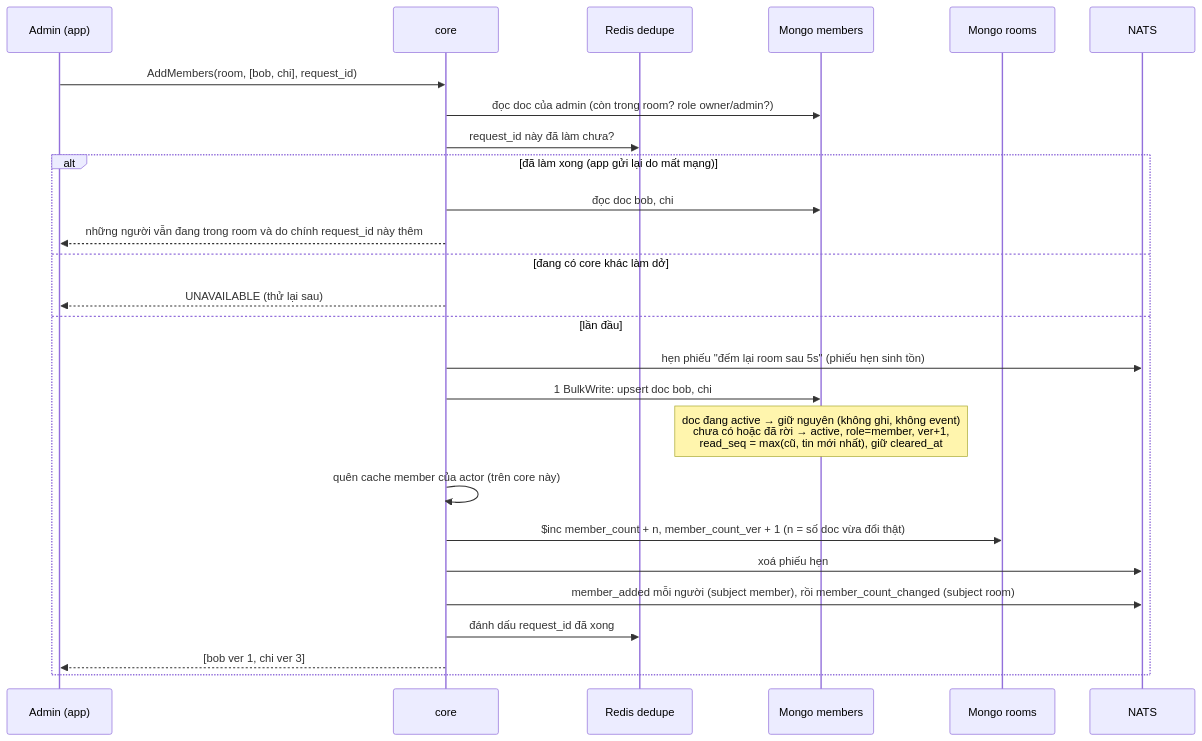
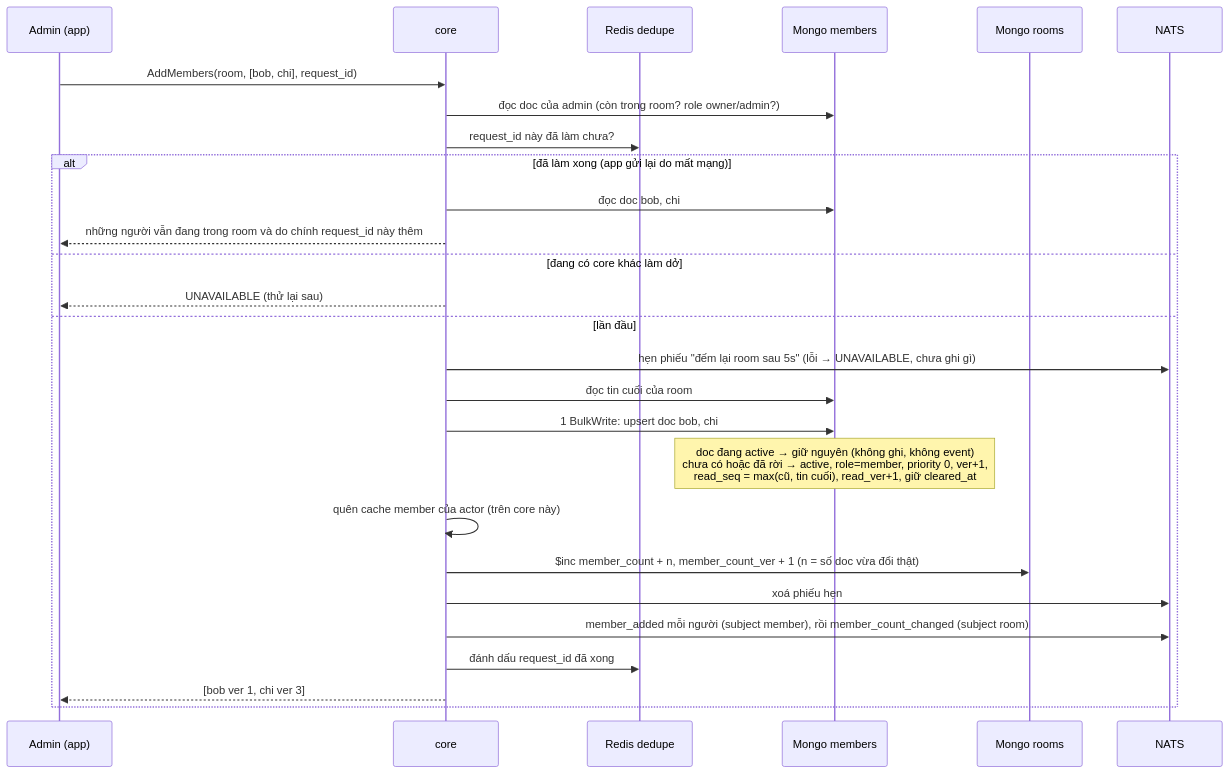
Before and after one commit to ivannguyendev/chatim: the second of 7 diagrams in docs/plans/2026-10-06-m2b4-members-read-summary.md, drawn with Mermaid. The commit also changed other lines of this file and 14 other files, not shown here.

````diff
--- a/docs/plans/2026-10-06-m2b4-members-read-summary.md
+++ b/docs/plans/2026-10-06-m2b4-members-read-summary.md
@@ -130,28 +196,29 @@
 ```mermaid
 sequenceDiagram
   participant A as Admin (app)
   participant C as core
   participant R as Redis dedupe
   participant M as Mongo members
   participant RM as Mongo rooms
   participant N as NATS
   A->>C: AddMembers(room, [bob, chi], request_id)
   C->>M: đọc doc của admin (còn trong room? role owner/admin?)
   C->>R: request_id này đã làm chưa?
   alt đã làm xong (app gửi lại do mất mạng)
     C->>M: đọc doc bob, chi
     C-->>A: những người vẫn đang trong room và do chính request_id này thêm
   else đang có core khác làm dở
     C-->>A: UNAVAILABLE (thử lại sau)
   else lần đầu
-    C->>N: hẹn phiếu "đếm lại room sau 5s" (phiếu hẹn sinh tồn)
+    C->>N: hẹn phiếu "đếm lại room sau 5s" (lỗi → UNAVAILABLE, chưa ghi gì)
+    C->>M: đọc tin cuối của room
     C->>M: 1 BulkWrite: upsert doc bob, chi
-    Note over M: doc đang active → giữ nguyên (không ghi, không event)<br/>chưa có hoặc đã rời → active, role=member, ver+1,<br/>read_seq = max(cũ, tin mới nhất), giữ cleared_at
+    Note over M: doc đang active → giữ nguyên (không ghi, không event)<br/>chưa có hoặc đã rời → active, role=member, priority 0, ver+1,<br/>read_seq = max(cũ, tin cuối), read_ver+1, giữ cleared_at
     C->>C: quên cache member của actor (trên core này)
     C->>RM: $inc member_count + n, member_count_ver + 1 (n = số doc vừa đổi thật)
     C->>N: xoá phiếu hẹn
     C->>N: member_added mỗi người (subject member), rồi member_count_changed (subject room)
     C->>R: đánh dấu request_id đã xong
     C-->>A: [bob ver 1, chi ver 3]
   end
 ```
````
